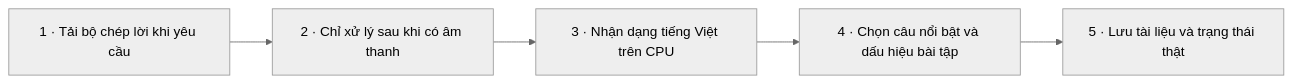
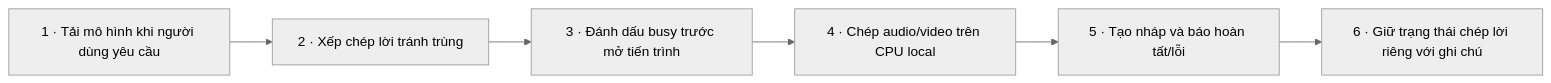
Diagram 17 of 22 in docs/WORKFLOW.md (Thequancute215-sys/cun-zoom), drawn with Mermaid (neutral theme) before and after one commit. The commit also changed other lines of this file and 33 other files, not shown here.

Commit message:
Add account OTP and one-time license flow with deployment handover

````diff
--- a/docs/WORKFLOW.md
+++ b/docs/WORKFLOW.md
@@ -354,12 +559,14 @@
 ```mermaid
 flowchart LR
-  s1["1 · Tải bộ chép lời khi yêu cầu"]
-  s2["2 · Chỉ xử lý sau khi có âm thanh"]
+  s1["1 · Tải mô hình khi người dùng yêu cầu"]
+  s2["2 · Xếp chép lời tránh trùng"]
   s1 --> s2
-  s3["3 · Nhận dạng tiếng Việt trên CPU"]
+  s3["3 · Đánh dấu busy trước mở tiến trình"]
   s2 --> s3
-  s4["4 · Chọn câu nổi bật và dấu hiệu bài tập"]
+  s4["4 · Chép audio/video trên CPU local"]
   s3 --> s4
-  s5["5 · Lưu tài liệu và trạng thái thật"]
+  s5["5 · Tạo nháp và báo hoàn tất/lỗi"]
   s4 --> s5
+  s6["6 · Giữ trạng thái chép lời riêng với ghi chú"]
+  s5 --> s6
 ```
````
